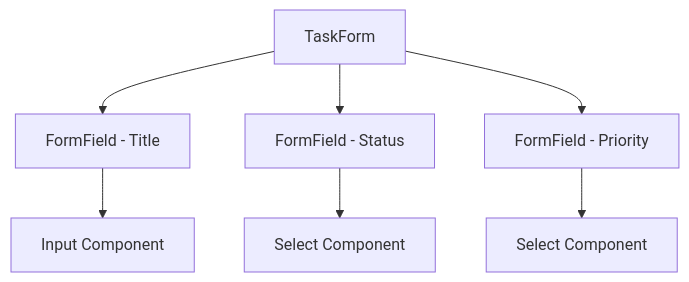
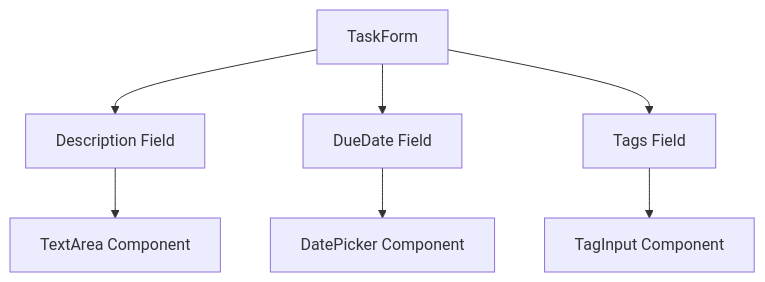
One commit to hushin-sandbox/try-rsbuild-tanstack changed the first of 2 diagrams in docs/task-form-implementation-plan.md. Above: the diagram before and after it, drawn with Mermaid. The commit also changed other lines of this file and 2 other files, not shown here.

````diff
--- a/docs/task-form-implementation-plan.md
+++ b/docs/task-form-implementation-plan.md
@@ -20,9 +27,9 @@
 ```mermaid
 graph TD
-    A[TaskForm] --> B[FormField - Title]
-    A --> C[FormField - Status]
-    A --> D[FormField - Priority]
-    B --> E[Input Component]
-    C --> F[Select Component]
-    D --> G[Select Component]
+    A[TaskForm] --> B[Description Field]
+    A --> C[DueDate Field]
+    A --> D[Tags Field]
+    B --> E[TextArea Component]
+    C --> F[DatePicker Component]
+    D --> G[TagInput Component]
 ```
````
